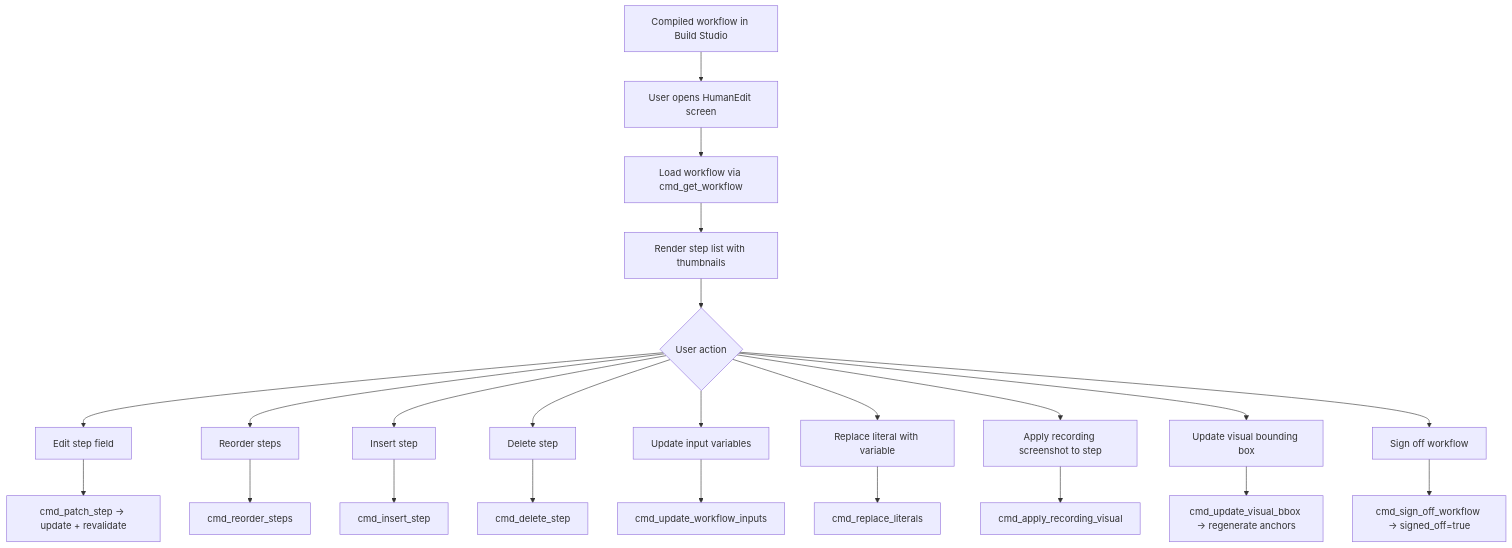
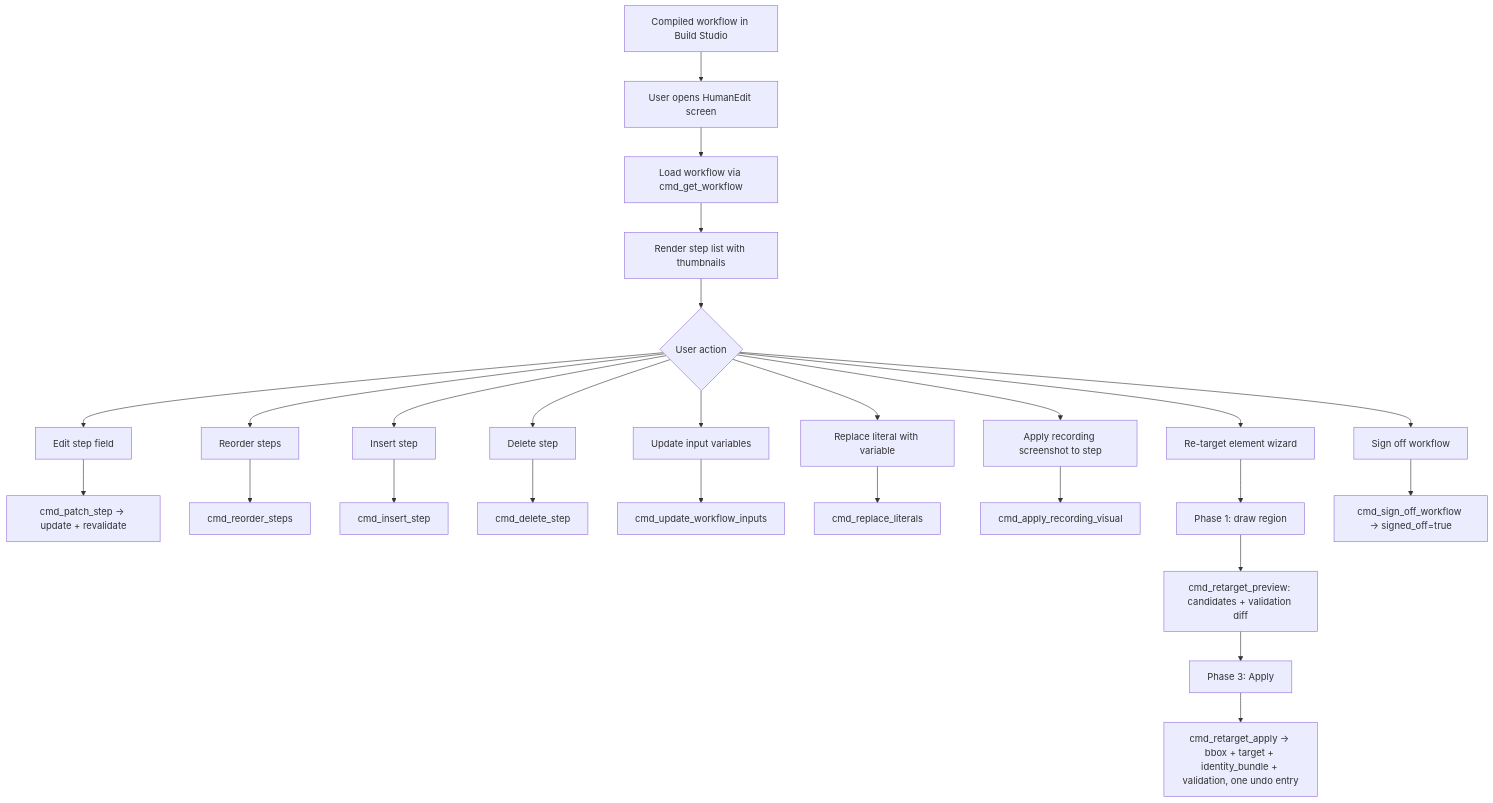
One commit to Cannonbold2412/CONXA changed the seventh of 17 diagrams in docs/App-Flow.md. Above: the diagram before and after it, drawn with Mermaid. The commit also changed other lines of this file and 16 other files, not shown here.

First line of the commit message:
feat: Implement 3-phase re-target wizard for element selection and validation

````diff
--- a/docs/App-Flow.md
+++ b/docs/App-Flow.md
@@ -205,16 +205,16 @@
 ```mermaid
 flowchart TD
     A[Compiled workflow in Build Studio] --> B[User opens HumanEdit screen]
     B --> C[Load workflow via cmd_get_workflow]
     C --> D[Render step list with thumbnails]
     D --> E{User action}
     E --> F[Edit step field] --> G[cmd_patch_step → update + revalidate]
     E --> H[Reorder steps] --> I[cmd_reorder_steps]
     E --> J[Insert step] --> K[cmd_insert_step]
     E --> L[Delete step] --> M[cmd_delete_step]
     E --> N[Update input variables] --> O[cmd_update_workflow_inputs]
     E --> P[Replace literal with variable] --> Q[cmd_replace_literals]
     E --> R[Apply recording screenshot to step] --> S[cmd_apply_recording_visual]
-    E --> T[Update visual bounding box] --> U[cmd_update_visual_bbox → regenerate anchors]
+    E --> T[Re-target element wizard] --> T1[Phase 1: draw region] --> T2[cmd_retarget_preview: candidates + validation diff] --> T3[Phase 3: Apply] --> T4[cmd_retarget_apply → bbox + target + identity_bundle + validation, one undo entry]
     E --> V[Sign off workflow] --> W[cmd_sign_off_workflow → signed_off=true]
 ```
````
